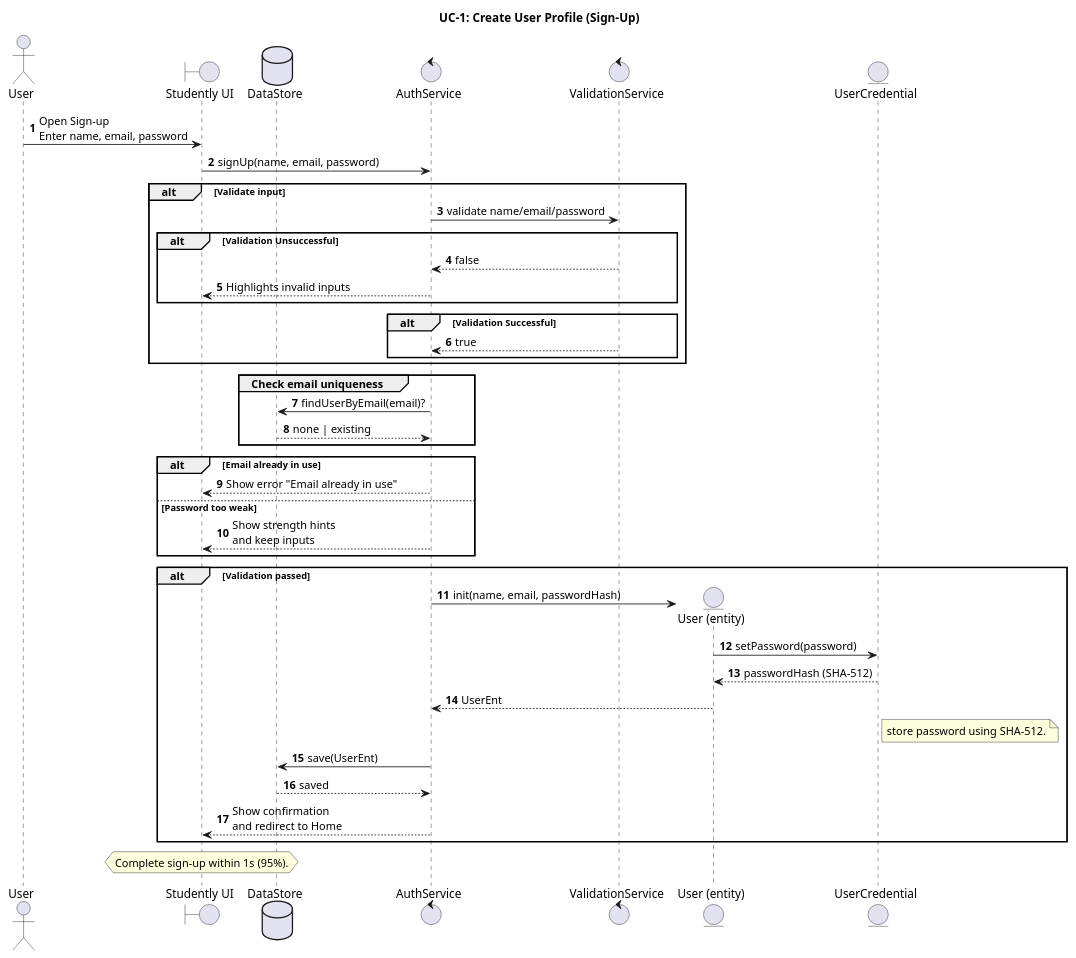
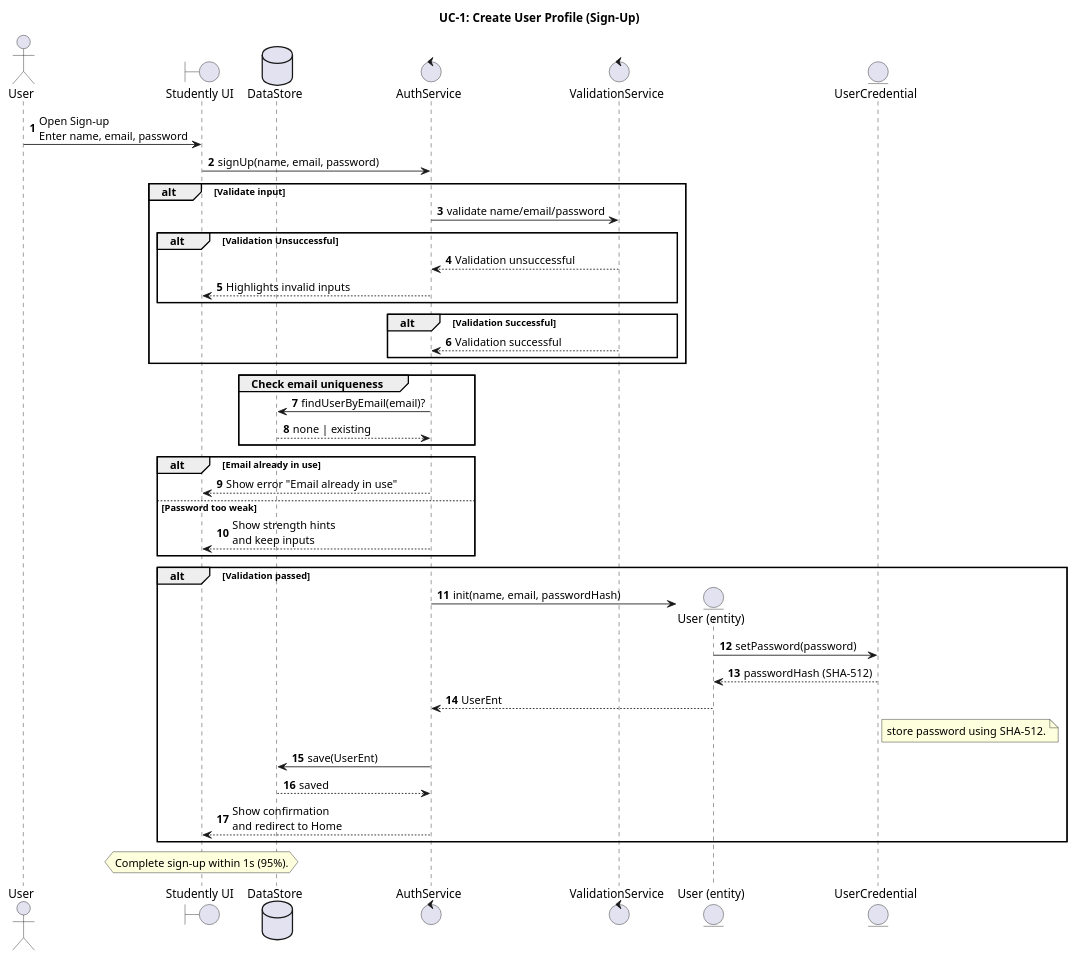
One commit to talhaahmed884/Adv.SE-Semester-Project changed the diagram in src/com/cpp/project/uml/sequence/SD-UC-1.puml. Above: the diagram before and after it, drawn with PlantUML. The commit also changed 1 other file, not shown here.

Commit message:
1. updated sequence UML

```diff
--- a/src/com/cpp/project/uml/sequence/SD-UC-1.puml
+++ b/src/com/cpp/project/uml/sequence/SD-UC-1.puml
@@ -1,63 +1,63 @@
 @startuml
 
 title UC-1: Create User Profile (Sign-Up)
 autonumber
 
 actor "User" as U
 boundary "Studently UI" as UI
 database "DataStore" as DB
 
 control "AuthService" as aService
 control "ValidationService" as vService
 entity "User (entity)" as UserEnt
 entity "UserCredential" as Cred
 
 U -> UI: Open Sign-up\nEnter name, email, password
 
 UI -> aService: signUp(name, email, password)
 
 alt Validate input
     aService -> vService: validate name/email/password
 
     alt Validation Unsuccessful
-        vService --> aService: false
+        vService --> aService: Validation unsuccessful
         aService --> UI: Highlights invalid inputs
     end
     alt Validation Successful
-        vService --> aService: true
+        vService --> aService: Validation successful
     end
 end
 
 group Check email uniqueness
     aService -> DB: findUserByEmail(email)?
     DB --> aService: none | existing
 end
 
 alt Email already in use
     aService --> UI: Show error "Email already in use"
 else Password too weak
     aService --> UI: Show strength hints\nand keep inputs
 end
 
 alt Validation passed
     create UserEnt
     aService -> UserEnt: init(name, email, passwordHash)
     UserEnt -> Cred: setPassword(password)
     Cred --> UserEnt: passwordHash (SHA-512)
     UserEnt --> aService: UserEnt
 
     note right of Cred
         store password using SHA-512.
     end note
 
     aService -> DB: save(UserEnt)
     DB --> aService: saved
 
     aService --> UI: Show confirmation\nand redirect to Home
 end
 
 hnote over UI
     Complete sign-up within 1s (95%).
 end hnote
 
 @enduml
```
